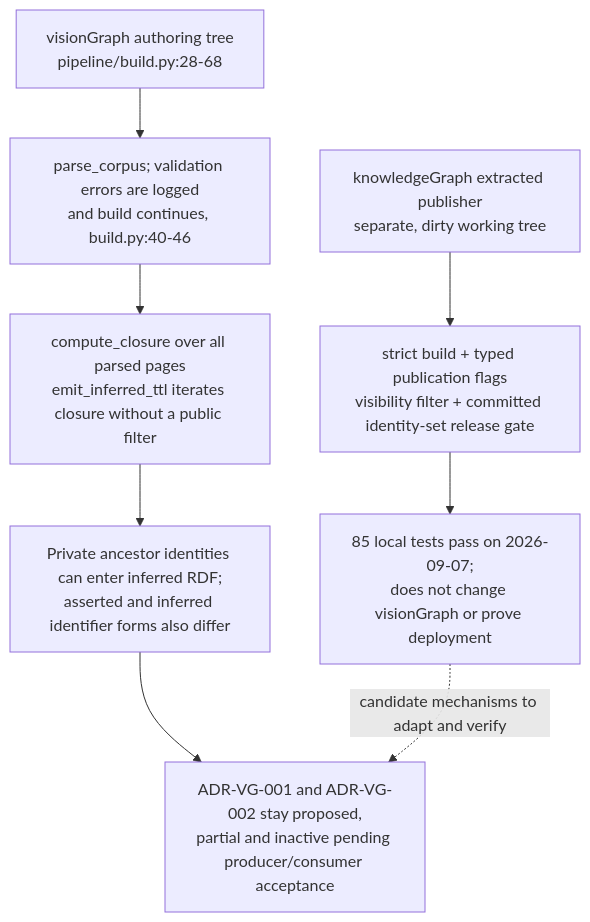
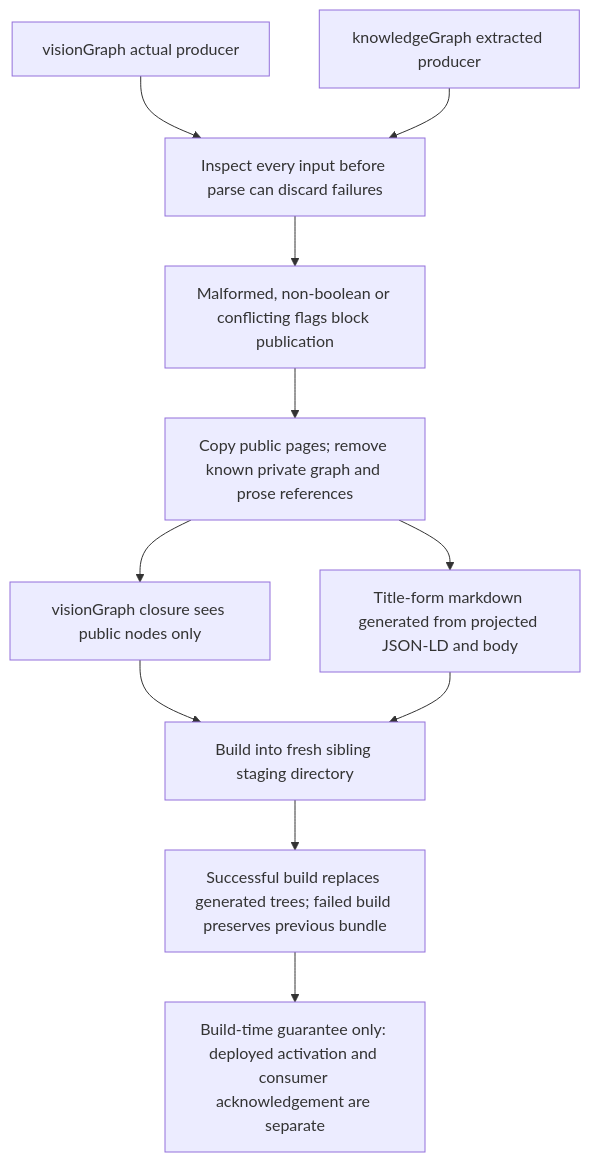
The seventh of 7 diagrams in docs/diagrams/visiongraph/02-authoring-to-pipeline-flow.md (DreamLab-AI/VisionFlow), drawn with Mermaid before and after one commit. The commit also changed other lines of this file and 52 other files, not shown here.

First line of the commit message:
docs(diagrams): wave 3 checkpoint — bare line refs resolved, revision-pinned cite-check, VC-05/AB-01..13 re-attested

````diff
--- a/docs/diagrams/visiongraph/02-authoring-to-pipeline-flow.md
+++ b/docs/diagrams/visiongraph/02-authoring-to-pipeline-flow.md
@@ -143,10 +145,13 @@
 ```mermaid
 flowchart TB
-    VAULT["visionGraph authoring tree<br/>pipeline/build.py:28-68"] --> VP["parse_corpus; validation errors are logged<br/>and build continues, build.py:40-46"]
-    VP --> VI["compute_closure over all parsed pages<br/>emit_inferred_ttl iterates closure without a public filter"]
-    VI --> RISK["Private ancestor identities can enter inferred RDF;<br/>asserted and inferred identifier forms also differ"]
-    EXTRACT["knowledgeGraph extracted publisher<br/>separate, dirty working tree"] --> KP["strict build + typed publication flags<br/>visibility filter + committed identity-set release gate"]
-    KP --> PASS["85 local tests pass on 2026-09-07;<br/>does not change visionGraph or prove deployment"]
-    RISK --> ADR["ADR-VG-001 and ADR-VG-002 stay proposed,<br/>partial and inactive pending producer/consumer acceptance"]
-    PASS -. "candidate mechanisms to adapt and verify" .-> ADR
+    VAULT["visionGraph actual producer"] --> CENSUS["Inspect every input before parse can discard failures"]
+    EXTRACT["knowledgeGraph extracted producer"] --> CENSUS
+    CENSUS --> VALID["Malformed, non-boolean or conflicting flags block publication"]
+    VALID --> PUBLIC["Copy public pages; remove known private graph and prose references"]
+    PUBLIC --> REASON["visionGraph closure sees public nodes only"]
+    PUBLIC --> MIRROR["Title-form markdown generated from projected JSON-LD and body"]
+    REASON --> STAGE["Build into fresh sibling staging directory"]
+    MIRROR --> STAGE
+    STAGE --> REPLACE["Successful build replaces generated trees; failed build preserves previous bundle"]
+    REPLACE --> LIMIT["Build-time guarantee only: deployed activation and consumer acknowledgement are separate"]
 ```
````
